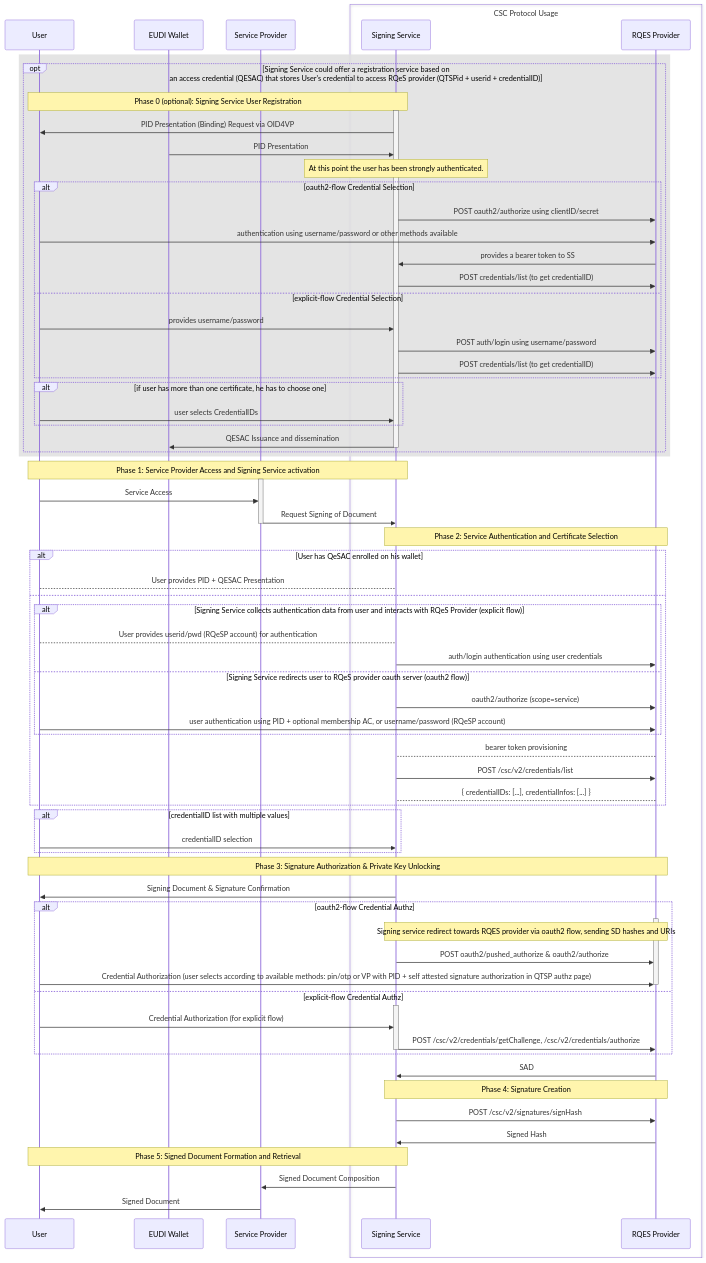
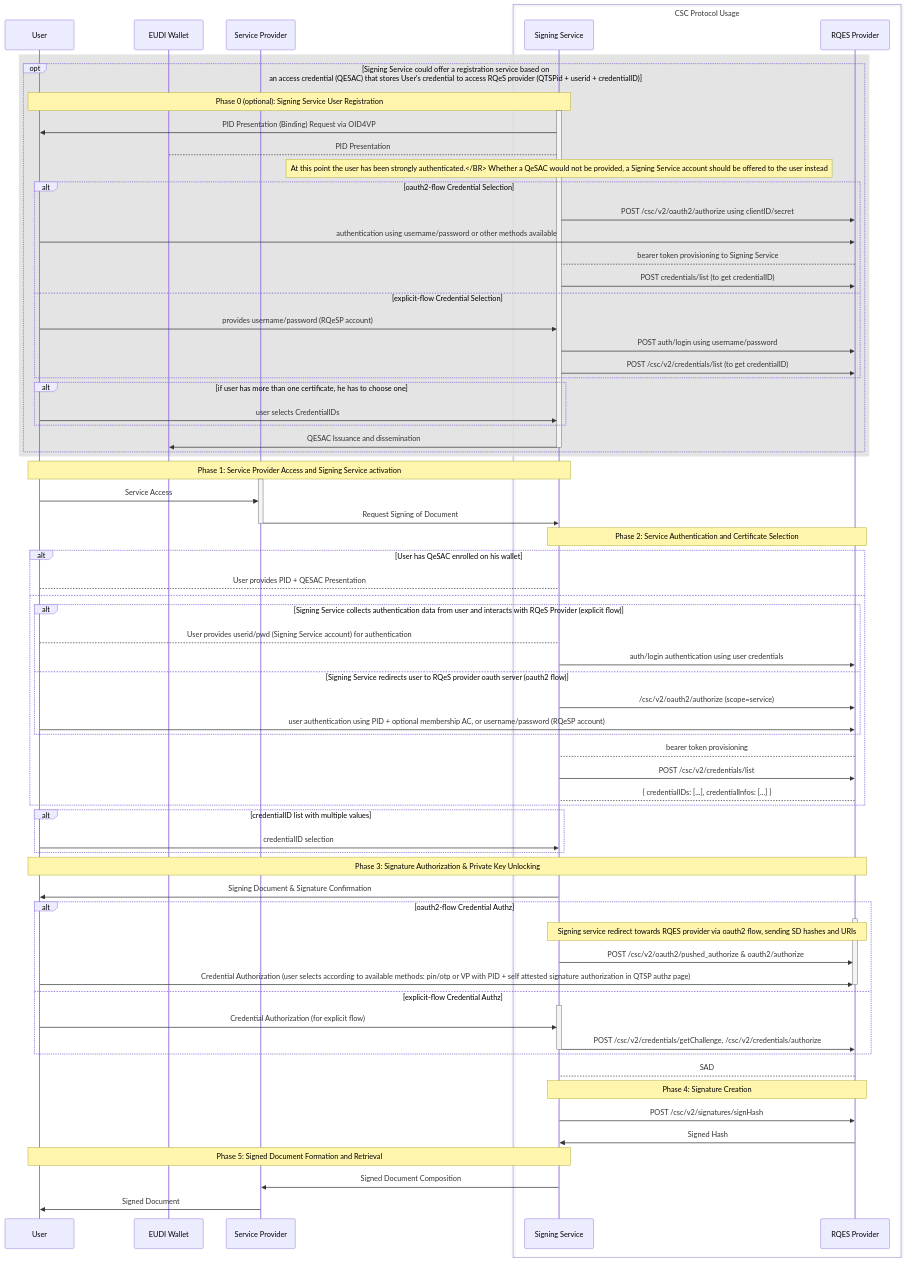
Before and after one commit to EWC-consortium/eudi-wallet-rfcs: the first of 7 diagrams in ewc-rfc010-long-term-certifice-qes-creation.md, drawn with Mermaid. The commit also changed other lines of this file, not shown here.

Commit message:
fixes after review with L Rizzo

```diff
--- a/ewc-rfc010-long-term-certifice-qes-creation.md
+++ b/ewc-rfc010-long-term-certifice-qes-creation.md
@@ -103,17 +103,17 @@
     Note over User, Signing Service: Phase 0 (optional): Signing Service User Registration
       activate Signing Service
       Signing Service->>User: PID Presentation (Binding) Request via OID4VP
-      EUDI Wallet->>Signing Service: PID Presentation
-      Note over Signing Service: At this point the user has been strongly authenticated.
+      EUDI Wallet-->Signing Service: PID Presentation
+      Note over Signing Service: At this point the user has been strongly authenticated.</BR> Whether a QeSAC would not be provided, a Signing Service account should be offered to the user instead
       alt  oauth2-flow Credential Selection
-        Signing Service->>RQES Provider: POST oauth2/authorize using clientID/secret
+        Signing Service->>RQES Provider: POST /csc/v2/oauth2/authorize using clientID/secret
         User->>RQES Provider: authentication using username/password or other methods available
-        RQES Provider->>Signing Service: provides a bearer token to SS
+        RQES Provider-->Signing Service: bearer token provisioning to Signing Service
         Signing Service->>RQES Provider: POST credentials/list (to get credentialID)
       else explicit-flow Credential Selection
-        User->>Signing Service: provides username/password
+        User->>Signing Service: provides username/password (RQeSP account)
         Signing Service->>RQES Provider: POST auth/login using username/password
-        Signing Service->>RQES Provider: POST credentials/list (to get credentialID)
+        Signing Service->>RQES Provider: POST /csc/v2/credentials/list (to get credentialID)
       end
     alt if user has more than one certificate, he has to choose one
       User->>Signing Service: user selects CredentialIDs
@@ -134,10 +134,10 @@
       User-->Signing Service: User provides PID + QESAC Presentation 
     else 
       alt Signing Service collects authentication data from user and interacts with RQeS Provider (explicit flow)
-        User-->Signing Service: User provides userid/pwd (RQeSP account) for authentication  
+        User-->Signing Service: User provides userid/pwd (Signing Service account) for authentication  
         Signing Service->>RQES Provider: auth/login authentication using user credentials
       else Signing Service redirects user to RQeS provider oauth server (oauth2 flow)
-        Signing Service->>RQES Provider: oauth2/authorize (scope=service)
+        Signing Service->>RQES Provider: /csc/v2/oauth2/authorize (scope=service)
         User->>RQES Provider: user authentication using PID + optional membership AC, or username/password (RQeSP account)
       end 
       RQES Provider-->Signing Service: bearer token provisioning
@@ -155,7 +155,7 @@
     alt oauth2-flow Credential Authz
       activate RQES Provider
       Note over Signing Service,RQES Provider: Signing service redirect towards RQES provider via oauth2 flow, sending SD hashes and URIs
-      Signing Service->>RQES Provider: POST oauth2/pushed_authorize & oauth2/authorize
+      Signing Service->>RQES Provider: POST /csc/v2/oauth2/pushed_authorize & oauth2/authorize
       User->>RQES Provider: Credential Authorization (user selects according to available methods: pin/otp or VP with PID + self attested signature authorization in QTSP authz page)
       deactivate RQES Provider
     else explicit-flow Credential Authz
@@ -164,7 +164,7 @@
       Signing Service->>RQES Provider: POST /csc/v2/credentials/getChallenge, /csc/v2/credentials/authorize
       deactivate Signing Service
     end
-    RQES Provider->>Signing Service: SAD
+    RQES Provider-->Signing Service: SAD
     
     Note over Signing Service, RQES Provider: Phase 4: Signature Creation
     Signing Service->>RQES Provider: POST /csc/v2/signatures/signHash
```
